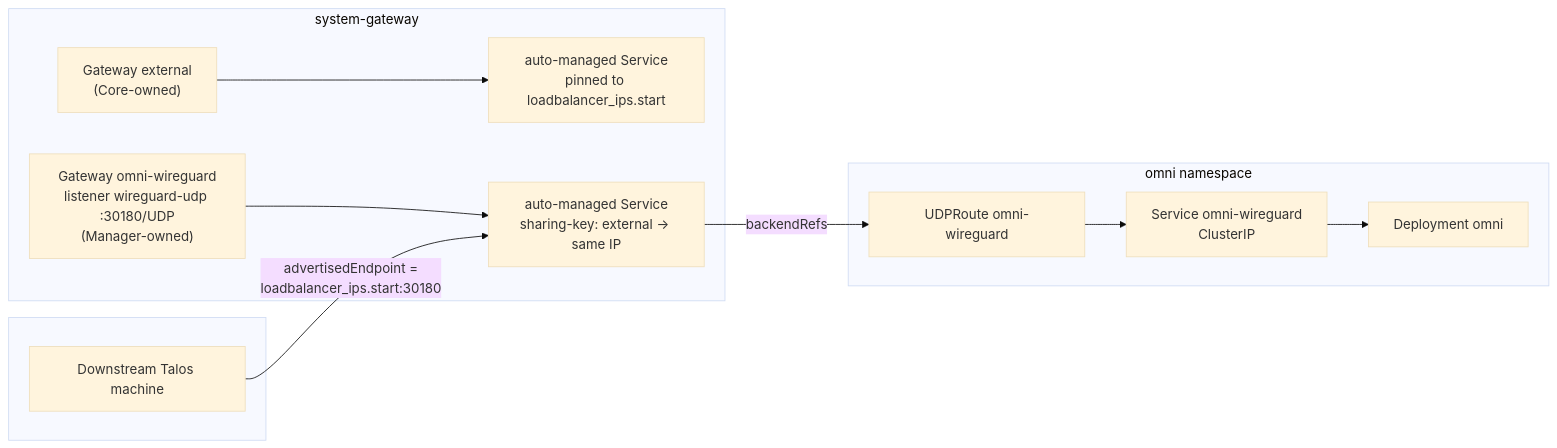
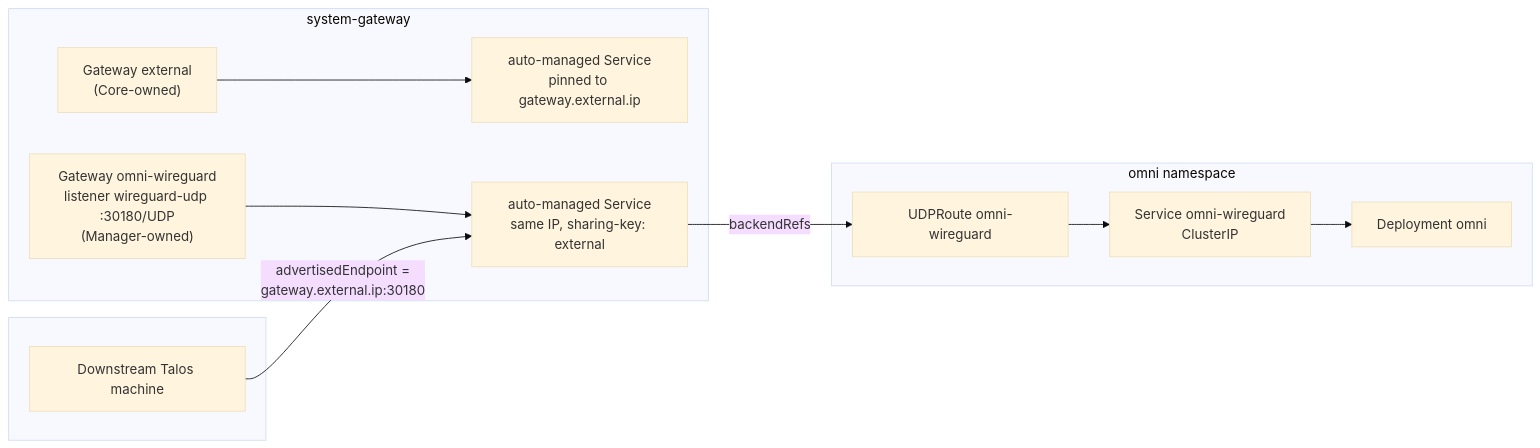
One commit to windsorcli/manager changed the diagram in docs/adr/0005-siderolink-gateway-exposure.md. Above: the diagram before and after it, drawn with Mermaid (base theme). The commit also changed other lines of this file and 6 other files, not shown here.

````diff
--- a/docs/adr/0005-siderolink-gateway-exposure.md
+++ b/docs/adr/0005-siderolink-gateway-exposure.md
@@ -42,20 +45,20 @@
 ```mermaid
 flowchart LR
     subgraph client[" "]
         T[Downstream Talos machine]
     end
     subgraph gw["system-gateway"]
         GE["Gateway external<br/>(Core-owned)"]
         GW["Gateway omni-wireguard<br/>listener wireguard-udp :30180/UDP<br/>(Manager-owned)"]
-        SVCE["auto-managed Service<br/>pinned to loadbalancer_ips.start"]
-        SVCW["auto-managed Service<br/>sharing-key: external → same IP"]
+        SVCE["auto-managed Service<br/>pinned to gateway.external.ip"]
+        SVCW["auto-managed Service<br/>same IP, sharing-key: external"]
     end
     subgraph omni["omni namespace"]
         UR["UDPRoute omni-wireguard"]
         OSVC["Service omni-wireguard<br/>ClusterIP"]
         O["Deployment omni"]
     end
     GE --> SVCE
     GW --> SVCW
-    T -->|"advertisedEndpoint =<br/>loadbalancer_ips.start:30180"| SVCW -->|"backendRefs"| UR --> OSVC --> O
+    T -->|"advertisedEndpoint =<br/>gateway.external.ip:30180"| SVCW -->|"backendRefs"| UR --> OSVC --> O
 ```
````
